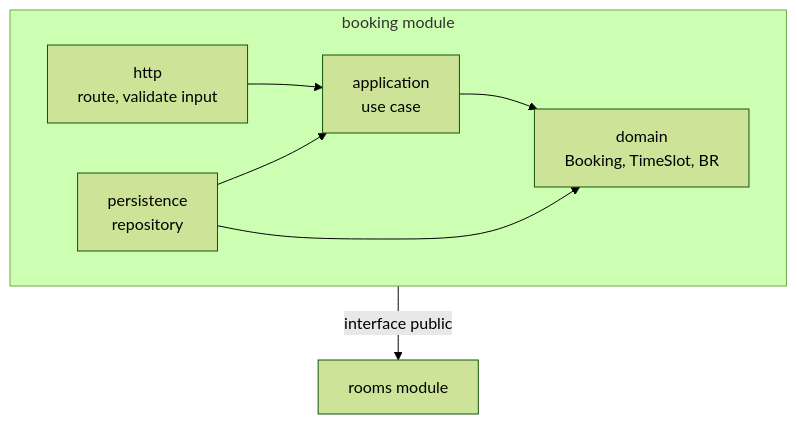
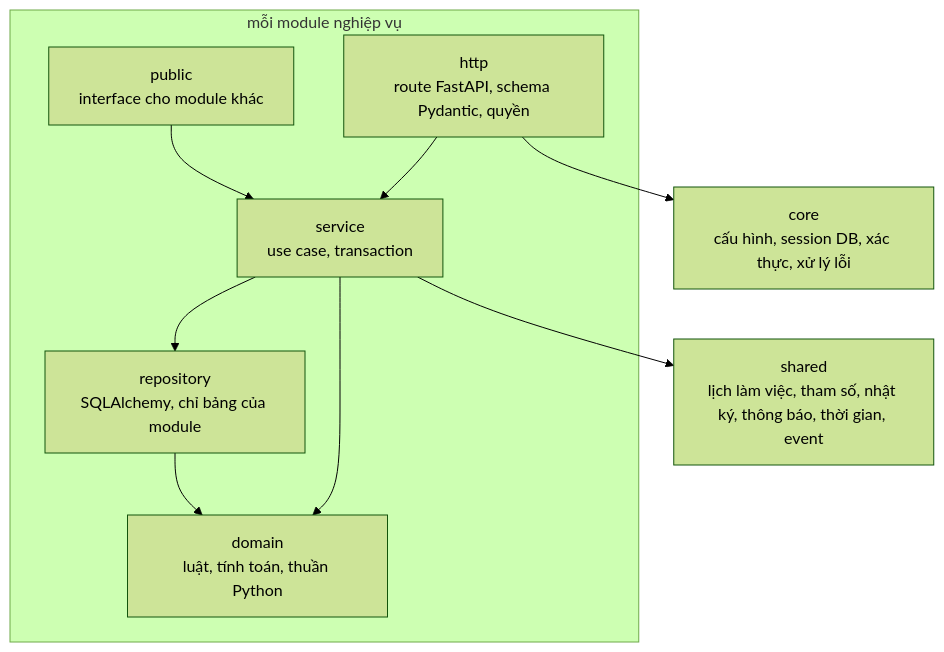
Before and after one commit to pbaodev/hr-manager: the first of 2 diagrams in docs/design/components.md, drawn with Mermaid (forest theme). The commit also changed other lines of this file and 5 other files, not shown here.

Commit message:
docs(design): viết component, dependency rule và sequence diagram cho MVP (#29)

````diff
--- a/docs/design/components.md
+++ b/docs/design/components.md
@@ -15,10 +14,14 @@
 ```mermaid
 flowchart TB
-  subgraph booking["booking module"]
-    http["http<br/>route, validate input"] --> app["application<br/>use case"]
-    app --> domain["domain<br/>Booking, TimeSlot, BR"]
-    persistence["persistence<br/>repository"] --> app
-    persistence --> domain
+  subgraph mod["mỗi module nghiệp vụ"]
+    http["http<br/>route FastAPI, schema Pydantic, quyền"] --> app["service<br/>use case, transaction"]
+    app --> domain["domain<br/>luật, tính toán, thuần Python"]
+    app --> repo["repository<br/>SQLAlchemy, chỉ bảng của module"]
+    repo --> domain
+    pub["public<br/>interface cho module khác"] --> app
   end
-  booking -->|"interface public"| rooms["rooms module"]
+  core["core<br/>cấu hình, session DB, xác thực, xử lý lỗi"]
+  shared["shared<br/>lịch làm việc, tham số, nhật ký, thông báo, thời gian, event"]
+  http --> core
+  app --> shared
 ```
````
